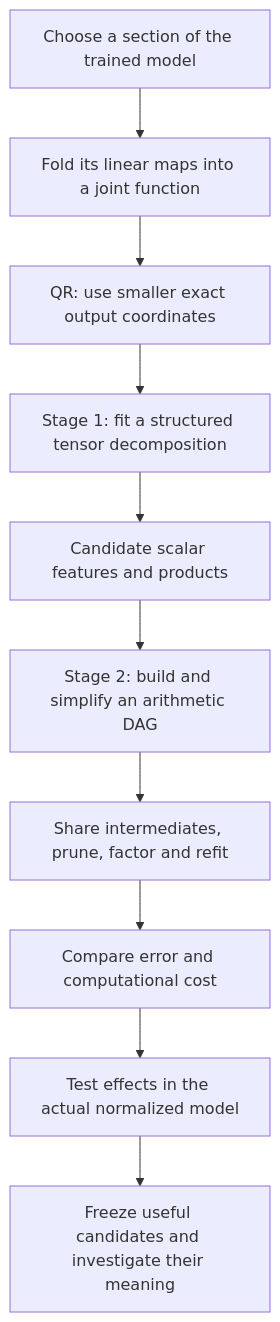
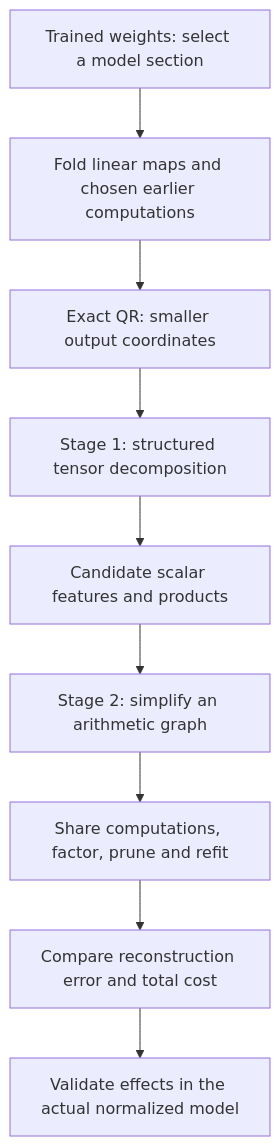
One commit to loganriggs/tensor_language changed the first of 2 diagrams in basis_aligned/polynomial_causal/explanations/for_logan/research_update_2026-09-21_0104_full_coverage_and_shared_baselines.md. Above: the diagram before and after it, drawn with Mermaid. The commit also changed other lines of this file and 64 other files, not shown here.

Commit message:
Test shared quadratic cores and cross-component reuse; start joint product fitting

````diff
--- a/basis_aligned/polynomial_causal/explanations/for_logan/research_update_2026-09-21_0104_full_coverage_and_shared_baselines.md
+++ b/basis_aligned/polynomial_causal/explanations/for_logan/research_update_2026-09-21_0104_full_coverage_and_shared_baselines.md
@@ -17,12 +17,11 @@
 ```mermaid
 flowchart TD
-    A[Choose a section of the trained model] --> B[Fold its linear maps into a joint function]
-    B --> C[QR: use smaller exact output coordinates]
-    C --> D[Stage 1: fit a structured tensor decomposition]
+    A[Trained weights: select a model section] --> B[Fold linear maps and chosen earlier computations]
+    B --> C[Exact QR: smaller output coordinates]
+    C --> D[Stage 1: structured tensor decomposition]
     D --> E[Candidate scalar features and products]
-    E --> F[Stage 2: build and simplify an arithmetic DAG]
-    F --> G[Share intermediates, prune, factor and refit]
-    G --> H[Compare error and computational cost]
-    H --> I[Test effects in the actual normalized model]
-    I --> J[Freeze useful candidates and investigate their meaning]
+    E --> F[Stage 2: simplify an arithmetic graph]
+    F --> G[Share computations, factor, prune and refit]
+    G --> H[Compare reconstruction error and total cost]
+    H --> I[Validate effects in the actual normalized model]
 ```
````
